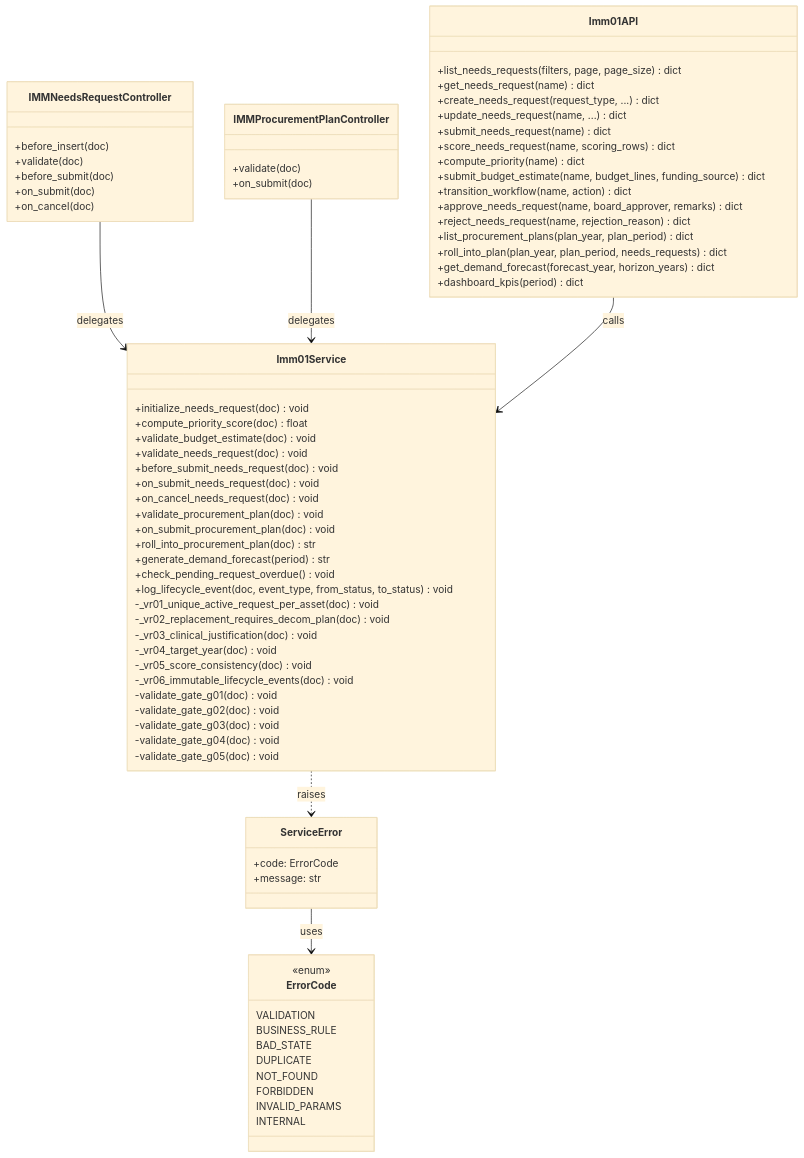
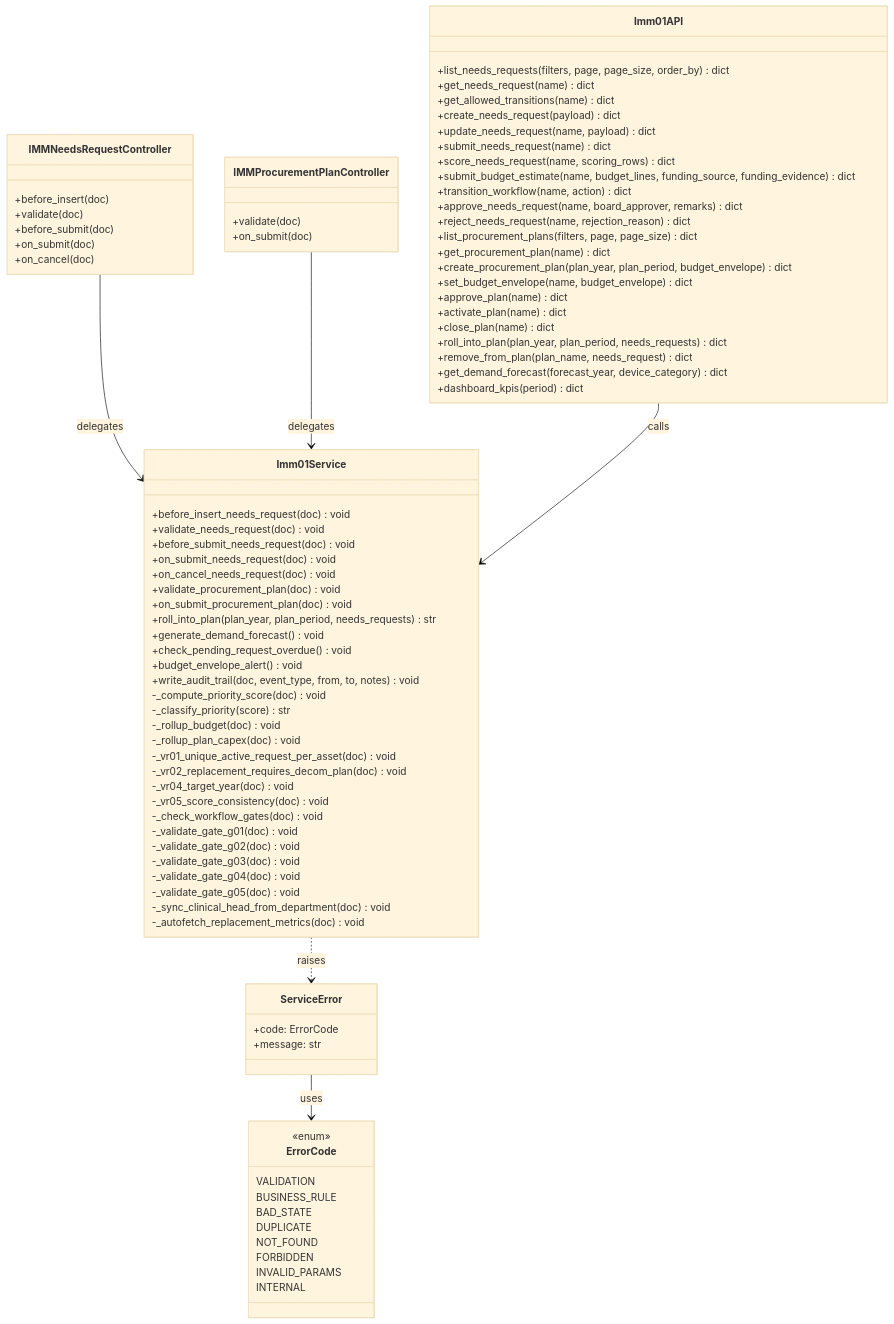
Before and after one commit to mvl26/Assetcore: the second of 5 diagrams in docs/imm-01/03_Diagrams.md, drawn with Mermaid (base theme). The commit also changed other lines of this file and 180 other files, not shown here.

```diff
--- a/docs/imm-01/03_Diagrams.md
+++ b/docs/imm-01/03_Diagrams.md
@@ -160,47 +171,58 @@
     }
 
     class Imm01Service {
-        +initialize_needs_request(doc) void
-        +compute_priority_score(doc) float
-        +validate_budget_estimate(doc) void
+        +before_insert_needs_request(doc) void
         +validate_needs_request(doc) void
         +before_submit_needs_request(doc) void
         +on_submit_needs_request(doc) void
         +on_cancel_needs_request(doc) void
         +validate_procurement_plan(doc) void
         +on_submit_procurement_plan(doc) void
-        +roll_into_procurement_plan(doc) str
-        +generate_demand_forecast(period) str
+        +roll_into_plan(plan_year, plan_period, needs_requests) str
+        +generate_demand_forecast() void
         +check_pending_request_overdue() void
-        +log_lifecycle_event(doc, event_type, from_status, to_status) void
+        +budget_envelope_alert() void
+        +write_audit_trail(doc, event_type, from, to, notes) void
+        -_compute_priority_score(doc) void
+        -_classify_priority(score) str
+        -_rollup_budget(doc) void
+        -_rollup_plan_capex(doc) void
         -_vr01_unique_active_request_per_asset(doc) void
         -_vr02_replacement_requires_decom_plan(doc) void
-        -_vr03_clinical_justification(doc) void
         -_vr04_target_year(doc) void
         -_vr05_score_consistency(doc) void
-        -_vr06_immutable_lifecycle_events(doc) void
-        -validate_gate_g01(doc) void
-        -validate_gate_g02(doc) void
-        -validate_gate_g03(doc) void
-        -validate_gate_g04(doc) void
-        -validate_gate_g05(doc) void
+        -_check_workflow_gates(doc) void
+        -_validate_gate_g01(doc) void
+        -_validate_gate_g02(doc) void
+        -_validate_gate_g03(doc) void
+        -_validate_gate_g04(doc) void
+        -_validate_gate_g05(doc) void
+        -_sync_clinical_head_from_department(doc) void
+        -_autofetch_replacement_metrics(doc) void
     }
 
     class Imm01API {
-        +list_needs_requests(filters, page, page_size) dict
+        +list_needs_requests(filters, page, page_size, order_by) dict
         +get_needs_request(name) dict
-        +create_needs_request(request_type, ...) dict
-        +update_needs_request(name, ...) dict
+        +get_allowed_transitions(name) dict
+        +create_needs_request(payload) dict
+        +update_needs_request(name, payload) dict
         +submit_needs_request(name) dict
         +score_needs_request(name, scoring_rows) dict
-        +compute_priority(name) dict
-        +submit_budget_estimate(name, budget_lines, funding_source) dict
+        +submit_budget_estimate(name, budget_lines, funding_source, funding_evidence) dict
         +transition_workflow(name, action) dict
         +approve_needs_request(name, board_approver, remarks) dict
         +reject_needs_request(name, rejection_reason) dict
-        +list_procurement_plans(plan_year, plan_period) dict
+        +list_procurement_plans(filters, page, page_size) dict
+        +get_procurement_plan(name) dict
+        +create_procurement_plan(plan_year, plan_period, budget_envelope) dict
+        +set_budget_envelope(name, budget_envelope) dict
+        +approve_plan(name) dict
+        +activate_plan(name) dict
+        +close_plan(name) dict
         +roll_into_plan(plan_year, plan_period, needs_requests) dict
-        +get_demand_forecast(forecast_year, horizon_years) dict
+        +remove_from_plan(plan_name, needs_request) dict
+        +get_demand_forecast(forecast_year, device_category) dict
         +dashboard_kpis(period) dict
     }
 
```
